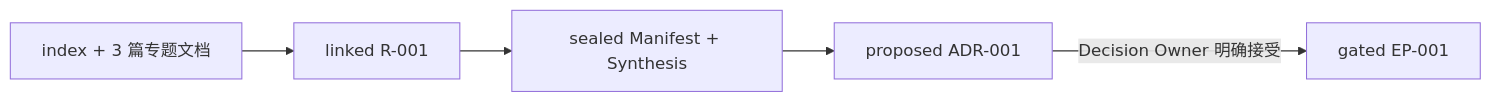
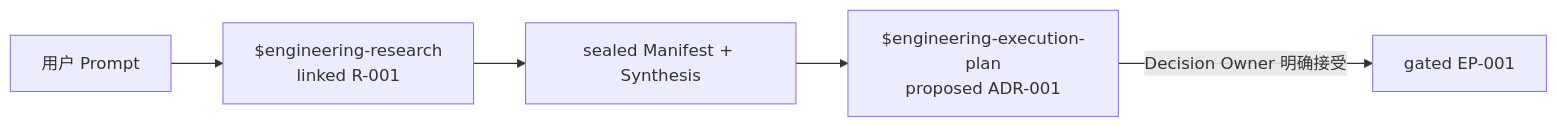
The second of 5 diagrams in README.zh-CN.md (XiaoWeiKIN/RepoFoundryAI), drawn with Mermaid before and after one commit. The commit also changed other lines of this file and 5 other files, not shown here.

````diff
--- a/README.zh-CN.md
+++ b/README.zh-CN.md
@@ -335,7 +221,7 @@
 ```mermaid
 flowchart LR
-    C["index + 3 篇专题文档"] --> R["linked R-001"]
+    P["用户 Prompt"] --> R["$engineering-research<br/>linked R-001"]
     R --> S["sealed Manifest + Synthesis"]
-    S --> A["proposed ADR-001"]
+    S --> A["$engineering-execution-plan<br/>proposed ADR-001"]
     A -->|"Decision Owner 明确接受"| E["gated EP-001"]
 ```
````
